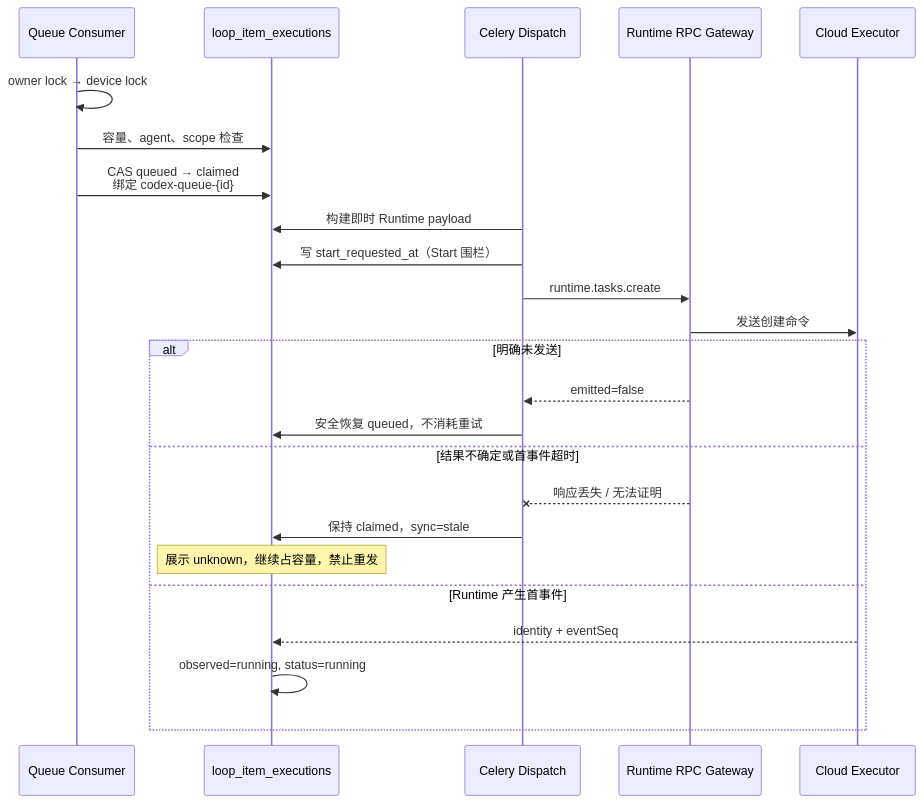
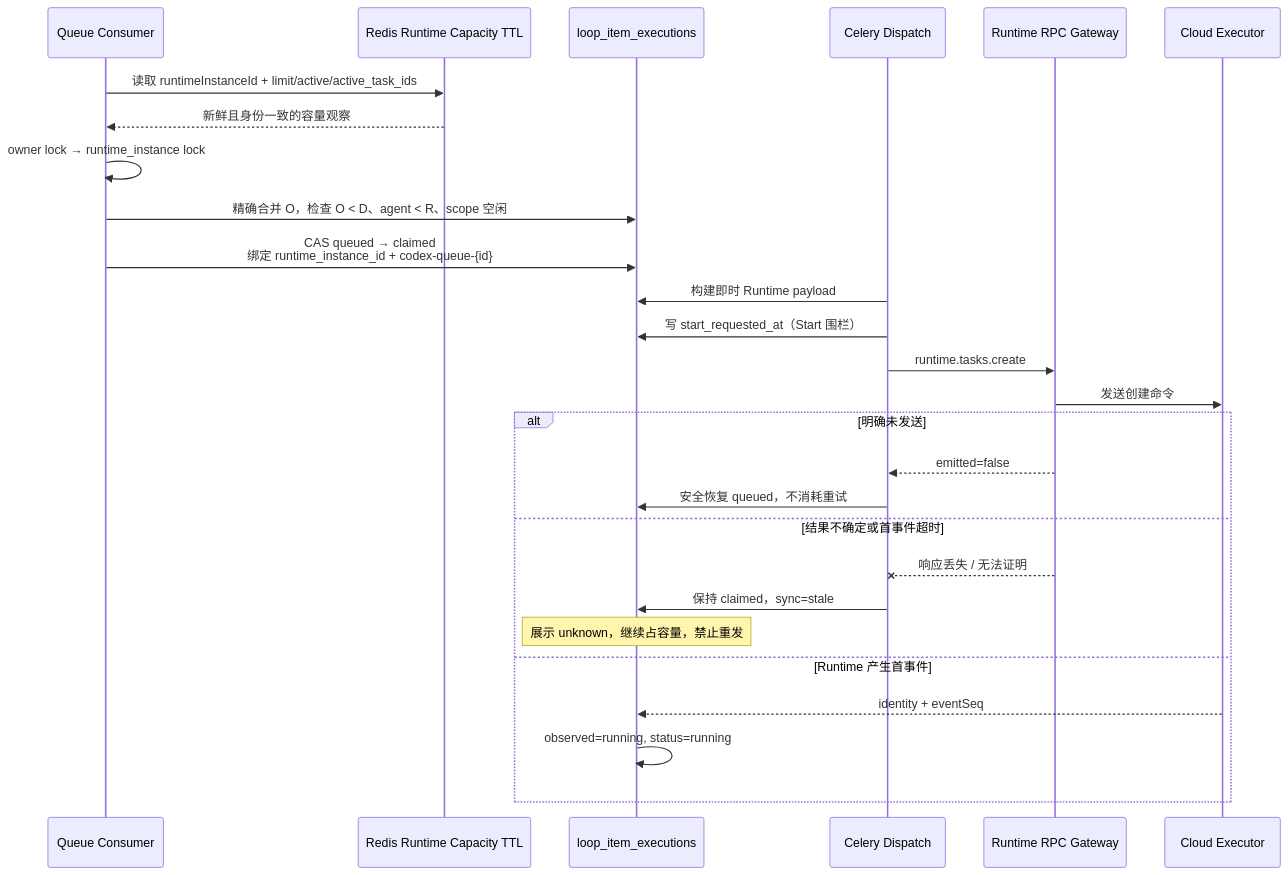
Before and after one commit to wecode-ai/Wegent: the fourth of 11 diagrams in docs/zh/wework/developer-guide/wework-project-execution-state-truth-refactoring.md, drawn with Mermaid. The commit also changed other lines of this file and 53 other files, not shown here.

Commit message:
refactor(wework): unify runtime execution capacity truth

````diff
--- a/docs/zh/wework/developer-guide/wework-project-execution-state-truth-refactoring.md
+++ b/docs/zh/wework/developer-guide/wework-project-execution-state-truth-refactoring.md
@@ -147,26 +189,29 @@
 ```mermaid
 sequenceDiagram
   participant C as Queue Consumer
+  participant H as Redis Runtime Capacity TTL
   participant DB as loop_item_executions
   participant W as Celery Dispatch
   participant G as Runtime RPC Gateway
   participant R as Cloud Executor
-  C->>C: owner lock → device lock
-  C->>DB: 容量、agent、scope 检查
-  C->>DB: CAS queued → claimed<br/>绑定 codex-queue-{id}
+  C->>H: 读取 runtimeInstanceId + limit/active/active_task_ids
+  H-->>C: 新鲜且身份一致的容量观察
+  C->>C: owner lock → runtime_instance lock
+  C->>DB: 精确合并 O，检查 O < D、agent < R、scope 空闲
+  C->>DB: CAS queued → claimed<br/>绑定 runtime_instance_id + codex-queue-{id}
   W->>DB: 构建即时 Runtime payload
   W->>DB: 写 start_requested_at（Start 围栏）
   W->>G: runtime.tasks.create
   G->>R: 发送创建命令
   alt 明确未发送
     G-->>W: emitted=false
     W->>DB: 安全恢复 queued，不消耗重试
   else 结果不确定或首事件超时
     G--xW: 响应丢失 / 无法证明
     W->>DB: 保持 claimed，sync=stale
     Note over DB: 展示 unknown，继续占容量，禁止重发
   else Runtime 产生首事件
     R-->>DB: identity + eventSeq
     DB->>DB: observed=running, status=running
   end
 ```
````
